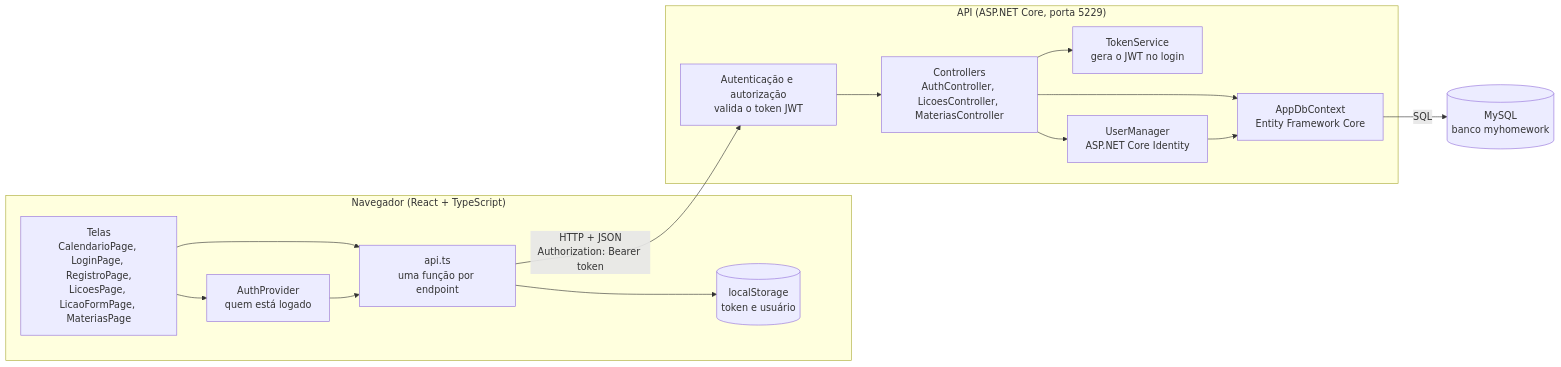
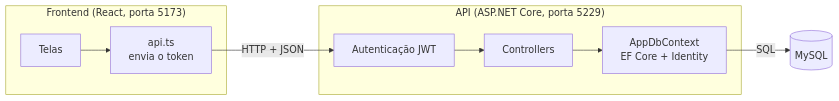
One commit to bfabbio90/Licao-em-Dia changed the diagram in README.md. Above: the diagram before and after it, drawn with Mermaid. The commit also changed other lines of this file, not shown here.

````diff
--- a/README.md
+++ b/README.md
@@ -109,31 +31,16 @@
 ```mermaid
 flowchart LR
-    subgraph Navegador["Navegador (React + TypeScript)"]
-        Telas["Telas<br/>CalendarioPage, LoginPage, RegistroPage,<br/>LicoesPage, LicaoFormPage, MateriasPage"]
-        AuthCtx["AuthProvider<br/>quem está logado"]
-        Api["api.ts<br/>uma função por endpoint"]
-        Sessao[("localStorage<br/>token e usuário")]
-        Telas --> AuthCtx
-        Telas --> Api
-        AuthCtx --> Api
-        Api --> Sessao
+    subgraph Front["Frontend (React, porta 5173)"]
+        Telas["Telas"] --> Api["api.ts<br/>envia o token"]
     end
 
-    subgraph Servidor["API (ASP.NET Core, porta 5229)"]
-        Auth["Autenticação e autorização<br/>valida o token JWT"]
-        Controllers["Controllers<br/>AuthController, LicoesController, MateriasController"]
-        Token["TokenService<br/>gera o JWT no login"]
-        Identity["UserManager<br/>ASP.NET Core Identity"]
-        Contexto["AppDbContext<br/>Entity Framework Core"]
-        Auth --> Controllers
-        Controllers --> Token
-        Controllers --> Identity
-        Controllers --> Contexto
-        Identity --> Contexto
+    subgraph Back["API (ASP.NET Core, porta 5229)"]
+        Auth["Autenticação JWT"] --> Controllers["Controllers"]
+        Controllers --> Contexto["AppDbContext<br/>EF Core + Identity"]
     end
 
-    Banco[("MySQL<br/>banco myhomework")]
+    Banco[("MySQL")]
 
-    Api -- "HTTP + JSON<br/>Authorization: Bearer token" --> Auth
+    Api -- "HTTP + JSON" --> Auth
     Contexto -- "SQL" --> Banco
 ```
````
